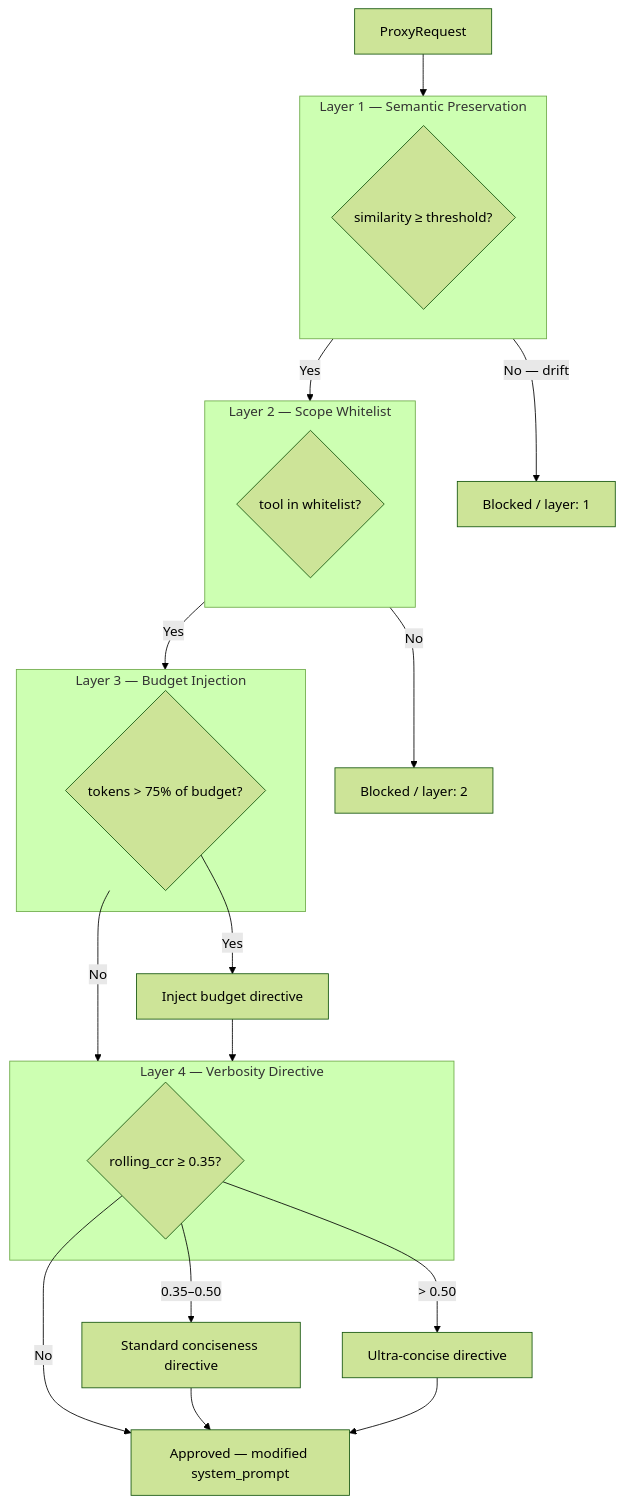
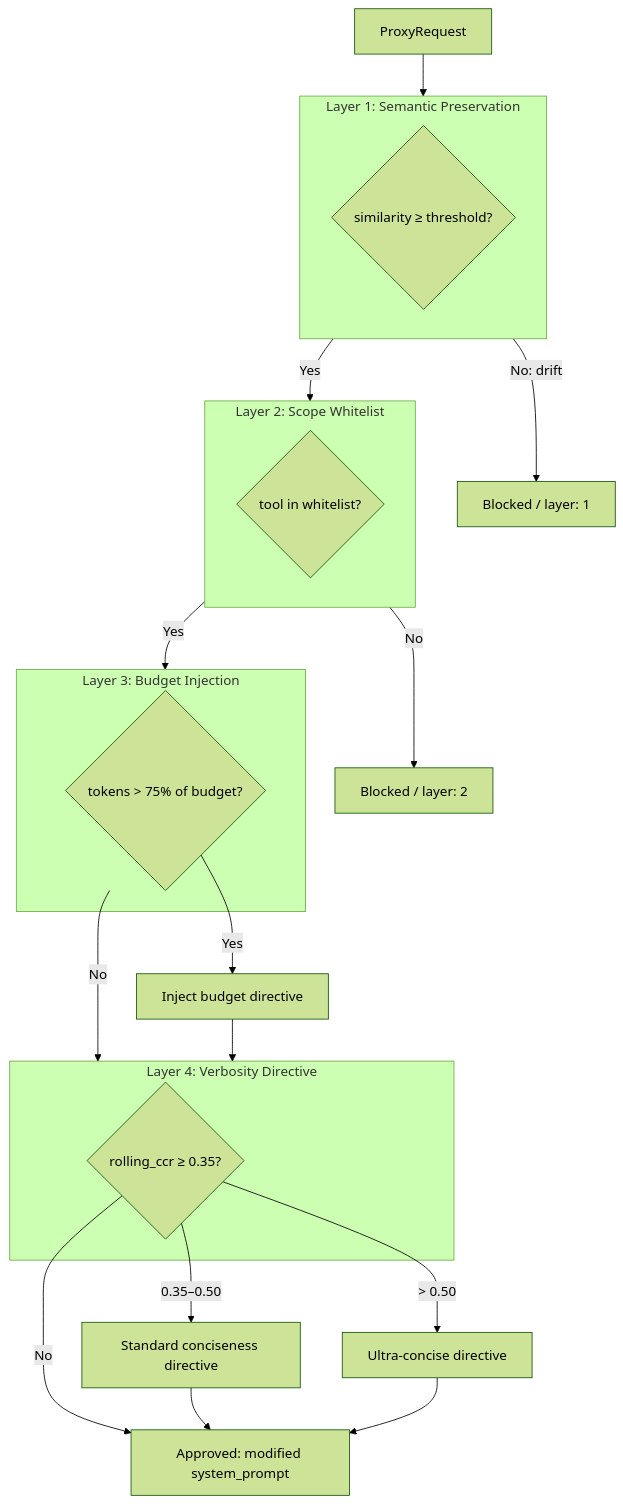
The second of 2 diagrams in README.md (ZulfaqarHafez/TraceRazor), drawn with Mermaid (forest theme) before and after one commit. The commit also changed other lines of this file, not shown here.

````diff
--- a/README.md
+++ b/README.md
@@ -381,34 +379,34 @@
 ```mermaid
 flowchart TD
     REQ[ProxyRequest] --> L1
 
-    subgraph L1[Layer 1 — Semantic Preservation]
+    subgraph L1[Layer 1: Semantic Preservation]
         S1{similarity ≥ threshold?}
     end
-    L1 -->|No — drift| B1[Blocked / layer: 1]
+    L1 -->|No: drift| B1[Blocked / layer: 1]
     L1 -->|Yes| L2
 
-    subgraph L2[Layer 2 — Scope Whitelist]
+    subgraph L2[Layer 2: Scope Whitelist]
         S2{tool in whitelist?}
     end
     L2 -->|No| B2[Blocked / layer: 2]
     L2 -->|Yes| L3
 
-    subgraph L3[Layer 3 — Budget Injection]
+    subgraph L3[Layer 3: Budget Injection]
         S3{tokens > 75% of budget?}
     end
     S3 -->|Yes| BI[Inject budget directive]
     S3 -->|No| L4
     BI --> L4
 
-    subgraph L4[Layer 4 — Verbosity Directive]
+    subgraph L4[Layer 4: Verbosity Directive]
         S4{rolling_ccr ≥ 0.35?}
     end
     S4 -->|0.35–0.50| VI1[Standard conciseness directive]
     S4 -->|> 0.50| VI2[Ultra-concise directive]
     S4 -->|No| APP
     VI1 --> APP
     VI2 --> APP
 
-    APP[Approved — modified system_prompt]
+    APP[Approved: modified system_prompt]
 ```
````
